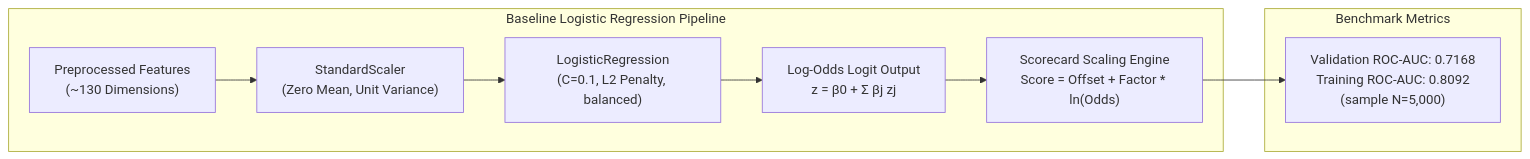
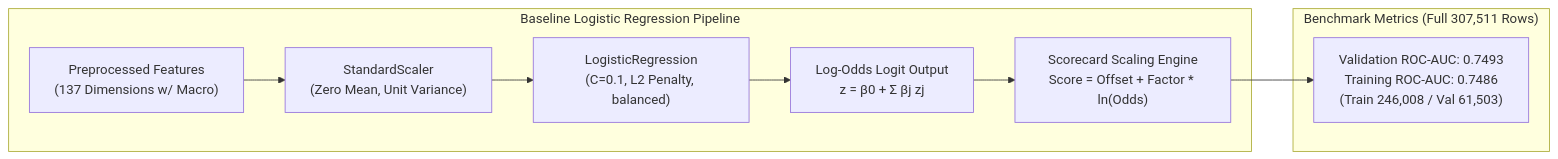
Before and after one commit to limasite48/it5427-credit_risk_bigdata: the fourth of 5 diagrams in README.md, drawn with Mermaid. The commit also changed other lines of this file and 1 other file, not shown here.

````diff
--- a/README.md
+++ b/README.md
@@ -477,13 +495,13 @@
 ```mermaid
 flowchart LR
     subgraph BaselinePipeline["Baseline Logistic Regression Pipeline"]
-        RawX["Preprocessed Features\n(~130 Dimensions)"] --> Scaler["StandardScaler\n(Zero Mean, Unit Variance)"]
+        RawX["Preprocessed Features\n(137 Dimensions w/ Macro)"] --> Scaler["StandardScaler\n(Zero Mean, Unit Variance)"]
         Scaler --> LR["LogisticRegression\n(C=0.1, L2 Penalty, balanced)"]
         LR --> LogOdds["Log-Odds Logit Output\nz = β0 + Σ βj zj"]
         LogOdds --> Scorecard["Scorecard Scaling Engine\nScore = Offset + Factor * ln(Odds)"]
     end
 
-    subgraph Evaluation["Benchmark Metrics"]
-        Scorecard --> Metrics["Validation ROC-AUC: 0.7168\nTraining ROC-AUC: 0.8092\n(sample N=5,000)"]
+    subgraph Evaluation["Benchmark Metrics (Full 307,511 Rows)"]
+        Scorecard --> Metrics["Validation ROC-AUC: 0.7493\nTraining ROC-AUC: 0.7486\n(Train 246,008 / Val 61,503)"]
     end
 ```
````
